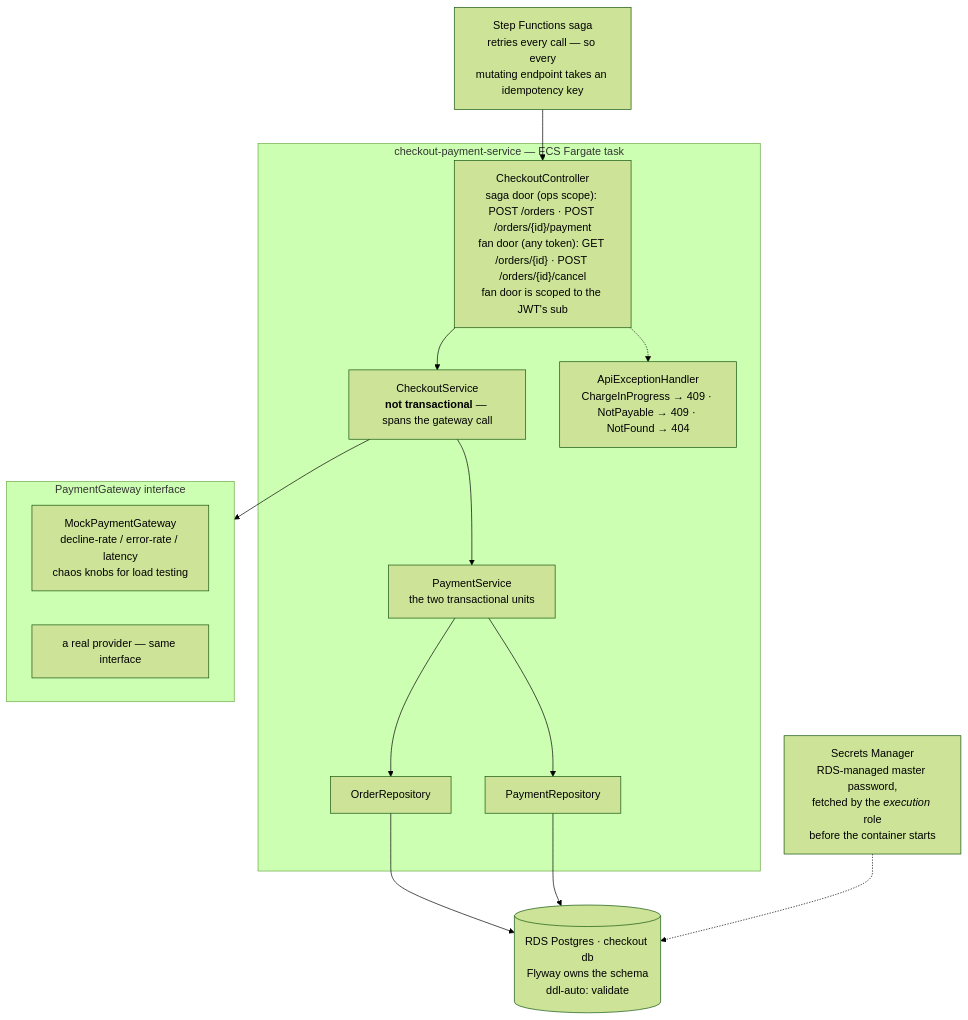
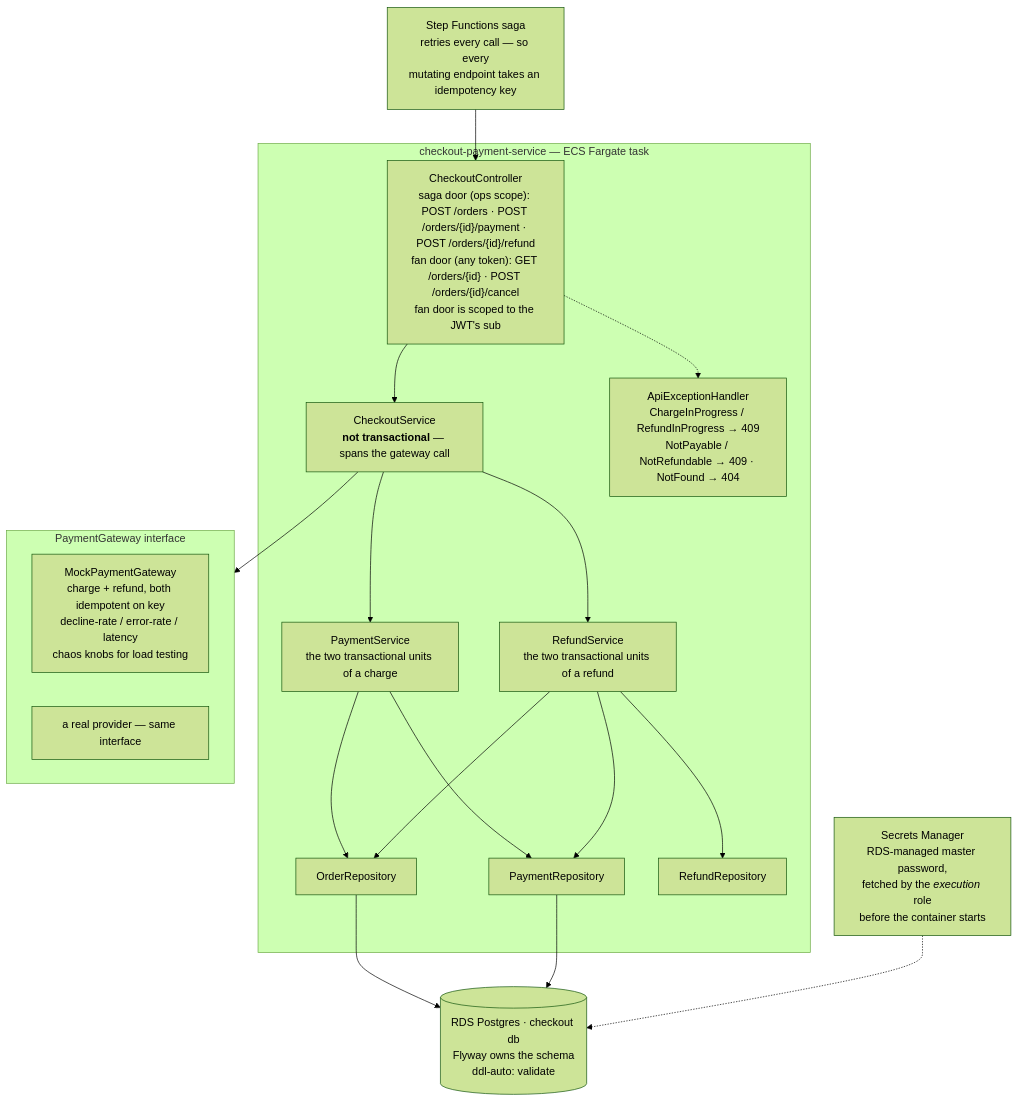
One commit to daliborjelicanin/ticket-waiting-room-aws changed the first of 5 diagrams in checkout-payment-service/ARCHITECTURE.md. Above: the diagram before and after it, drawn with Mermaid (forest theme). The commit also changed other lines of this file and 41 other files, not shown here.

````diff
--- a/checkout-payment-service/ARCHITECTURE.md
+++ b/checkout-payment-service/ARCHITECTURE.md
@@ -13,26 +13,29 @@
 ```mermaid
 flowchart TB
     SFN["Step Functions saga<br/>retries every call — so every<br/>mutating endpoint takes an idempotency key"]
 
     subgraph svc["checkout-payment-service — ECS Fargate task"]
-        CC["CheckoutController<br/>saga door (ops scope): POST /orders · POST /orders/{id}/payment<br/>fan door (any token): GET /orders/{id} · POST /orders/{id}/cancel<br/>fan door is scoped to the JWT's sub"]
+        CC["CheckoutController<br/>saga door (ops scope): POST /orders · POST /orders/{id}/payment · POST /orders/{id}/refund<br/>fan door (any token): GET /orders/{id} · POST /orders/{id}/cancel<br/>fan door is scoped to the JWT's sub"]
         CS["CheckoutService<br/><b>not transactional</b> — spans the gateway call"]
-        PS["PaymentService<br/>the two transactional units"]
+        PS["PaymentService<br/>the two transactional units of a charge"]
+        RS["RefundService<br/>the two transactional units of a refund"]
         OR["OrderRepository"]
         PR["PaymentRepository"]
-        EH["ApiExceptionHandler<br/>ChargeInProgress → 409 · NotPayable → 409 · NotFound → 404"]
+        RR["RefundRepository"]
+        EH["ApiExceptionHandler<br/>ChargeInProgress / RefundInProgress → 409<br/>NotPayable / NotRefundable → 409 · NotFound → 404"]
     end
 
     subgraph gw["PaymentGateway interface"]
-        MOCK["MockPaymentGateway<br/>decline-rate / error-rate / latency<br/>chaos knobs for load testing"]
+        MOCK["MockPaymentGateway<br/>charge + refund, both idempotent on key<br/>decline-rate / error-rate / latency<br/>chaos knobs for load testing"]
         REAL["a real provider — same interface"]
     end
 
     PGDB[("RDS Postgres · checkout db<br/>Flyway owns the schema<br/>ddl-auto: validate")]
 
     SFN --> CC --> CS
     CC -.-> EH
     CS --> PS --> OR & PR --> PGDB
+    CS --> RS --> OR & PR & RR
     CS --> gw
     SM["Secrets Manager<br/>RDS-managed master password,<br/>fetched by the <i>execution</i> role<br/>before the container starts"] -.-> PGDB
 ```
````
